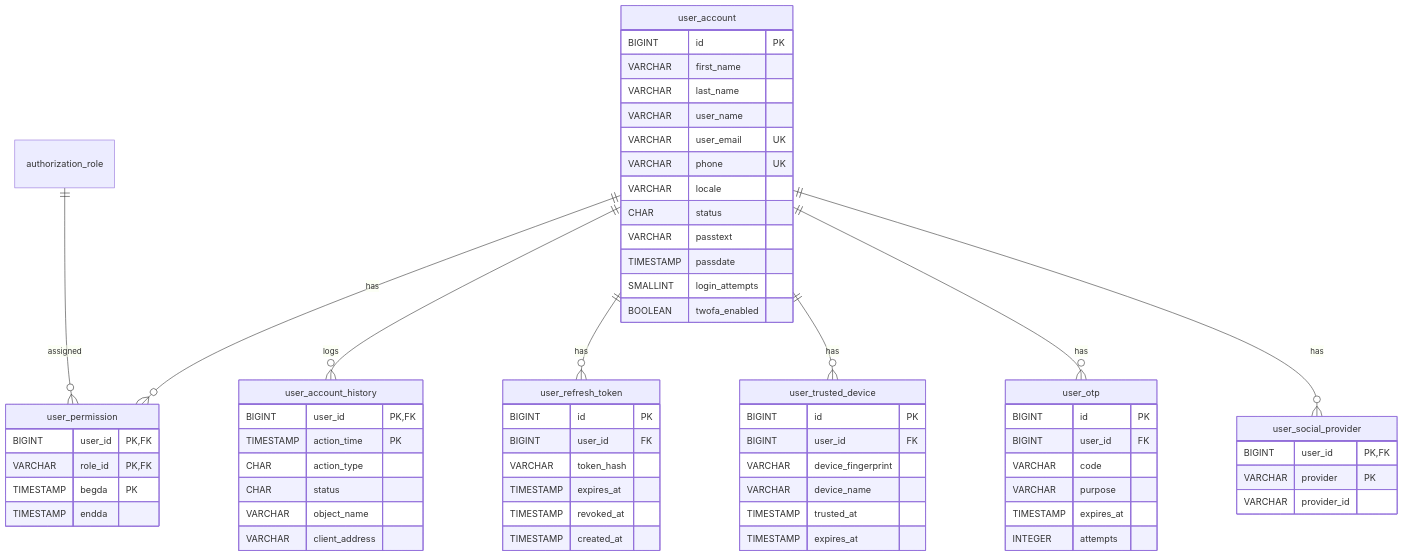
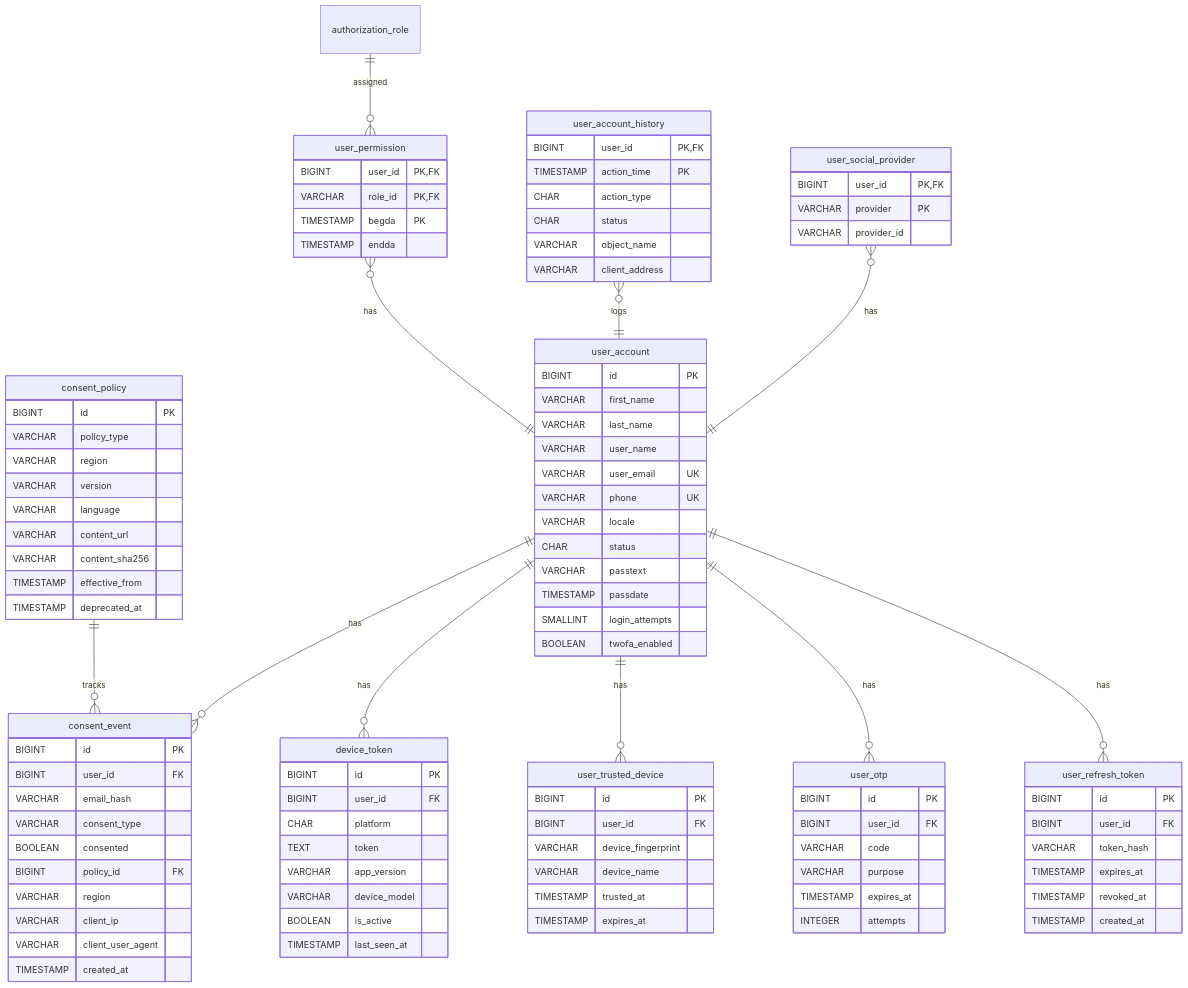
Before and after one commit to nauticana/keel: the ninth of 12 diagrams in README.md, drawn with Mermaid. The commit also changed other lines of this file and 11 other files, not shown here.

````diff
--- a/README.md
+++ b/README.md
@@ -1352,5 +1442,16 @@
 ```mermaid
 erDiagram
+    consent_policy ||--o{ consent_event : tracks
+    authorization_role ||--o{ user_permission : assigned
+    user_account_history }o--|| user_account : logs
+    user_permission }o--|| user_account : has
+    user_social_provider }o--|| user_account : has
+    user_account ||--o{ user_refresh_token : has
+    user_account ||--o{ user_otp : has
+    user_account ||--o{ user_trusted_device : has
+    user_account ||--o{ device_token : has
+    user_account ||--o{ consent_event : has
+
     user_account {
         BIGINT id PK
         VARCHAR first_name
@@ -1365,16 +1466,12 @@
         SMALLINT login_attempts
         BOOLEAN twofa_enabled
     }
-
     user_permission {
         BIGINT user_id PK,FK
         VARCHAR role_id PK,FK
         TIMESTAMP begda PK
         TIMESTAMP endda
     }
-    user_account ||--o{ user_permission : has
-    authorization_role ||--o{ user_permission : assigned
-
     user_account_history {
         BIGINT user_id PK,FK
         TIMESTAMP action_time PK
@@ -1383,8 +1480,6 @@
         VARCHAR object_name
         VARCHAR client_address
     }
-    user_account ||--o{ user_account_history : logs
-
     user_refresh_token {
         BIGINT id PK
         BIGINT user_id FK
@@ -1393,8 +1488,6 @@
         TIMESTAMP revoked_at
         TIMESTAMP created_at
     }
-    user_account ||--o{ user_refresh_token : has
-
     user_trusted_device {
         BIGINT id PK
         BIGINT user_id FK
@@ -1403,8 +1496,6 @@
         TIMESTAMP trusted_at
         TIMESTAMP expires_at
     }
-    user_account ||--o{ user_trusted_device : has
-
     user_otp {
         BIGINT id PK
         BIGINT user_id FK
@@ -1413,12 +1504,42 @@
         TIMESTAMP expires_at
         INTEGER attempts
     }
-    user_account ||--o{ user_otp : has
-
     user_social_provider {
         BIGINT user_id PK,FK
         VARCHAR provider PK
         VARCHAR provider_id
     }
-    user_account ||--o{ user_social_provider : has
+    device_token {
+        BIGINT id PK
+        BIGINT user_id FK
+        CHAR platform
+        TEXT token
+        VARCHAR app_version
+        VARCHAR device_model
+        BOOLEAN is_active
+        TIMESTAMP last_seen_at
+    }
+    consent_policy {
+        BIGINT id PK
+        VARCHAR policy_type
+        VARCHAR region
+        VARCHAR version
+        VARCHAR language
+        VARCHAR content_url
+        VARCHAR content_sha256
+        TIMESTAMP effective_from
+        TIMESTAMP deprecated_at
+    }
+    consent_event {
+        BIGINT id PK
+        BIGINT user_id FK
+        VARCHAR email_hash
+        VARCHAR consent_type
+        BOOLEAN consented
+        BIGINT policy_id FK
+        VARCHAR region
+        VARCHAR client_ip
+        VARCHAR client_user_agent
+        TIMESTAMP created_at
+    }
 ```
````
